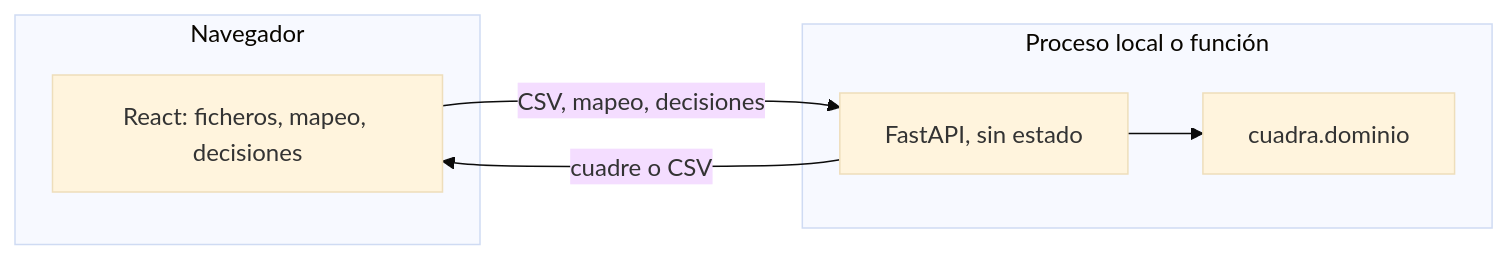
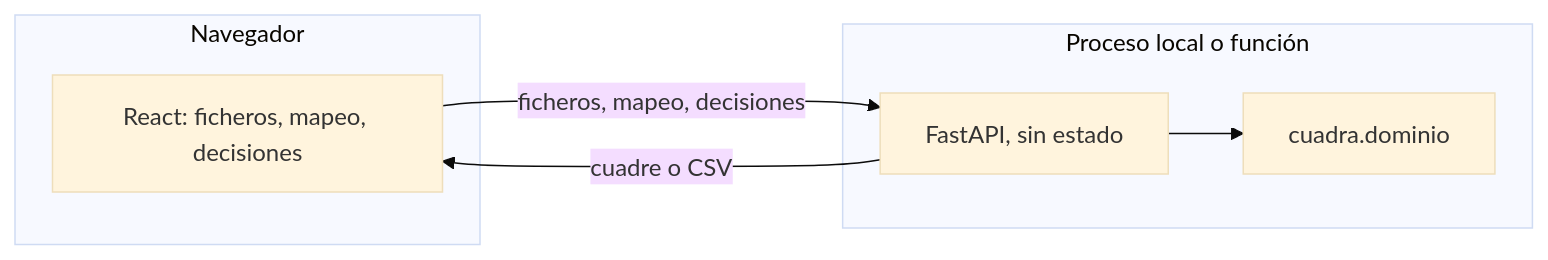
One commit to SebastianZaruha/cuadra changed the diagram in README.md. Above: the diagram before and after it, drawn with Mermaid (base theme). The commit also changed other lines of this file and 59 other files, not shown here.

````diff
--- a/README.md
+++ b/README.md
@@ -45,13 +45,13 @@
 ```mermaid
 flowchart LR
   subgraph navegador [Navegador]
     UI["React: ficheros, mapeo, decisiones"]
   end
   subgraph proceso [Proceso local o función]
     API["FastAPI, sin estado"]
     DOM["cuadra.dominio"]
     API --> DOM
   end
-  UI -->|"CSV, mapeo, decisiones"| API
+  UI -->|"ficheros, mapeo, decisiones"| API
   API -->|"cuadre o CSV"| UI
 ```
````
